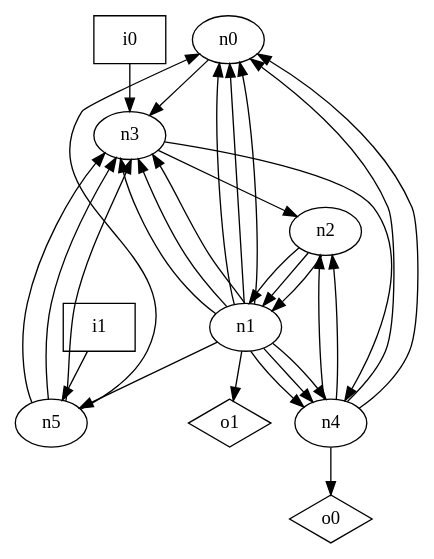
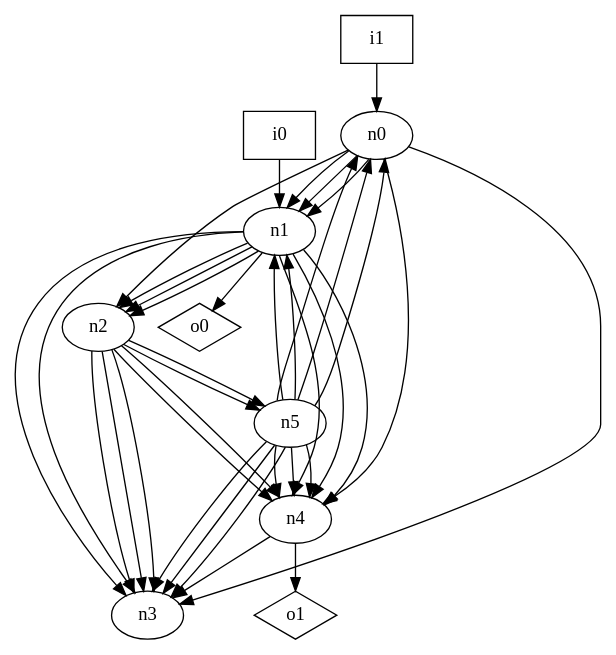
The diagram in dot_files/random/random_oriented_graph.dot (p9romain/bool-circuits), drawn with Graphviz before and after one commit. The commit also changed 23 other files, not shown here.

```diff
--- a/dot_files/random/random_oriented_graph.dot
+++ b/dot_files/random/random_oriented_graph.dot
@@ -1,40 +1,49 @@
 digraph G {
 n0 [label="n0"];
 n1 [label="n1"];
 n2 [label="n2"];
 n3 [label="n3"];
 n4 [label="n4"];
 n5 [label="n5"];
 n6 [label="i0",shape="box"];
 n7 [label="i1",shape="box"];
 n8 [label="o0",shape="diamond"];
 n9 [label="o1",shape="diamond"];
+n0 -> n1
+n0 -> n1
+n0 -> n1
+n0 -> n2
 n0 -> n3
-n1 -> n0
-n1 -> n0
-n1 -> n0
-n1 -> n3
+n0 -> n4
+n1 -> n2
+n1 -> n2
+n1 -> n2
 n1 -> n3
 n1 -> n3
 n1 -> n4
 n1 -> n4
 n1 -> n4
-n1 -> n5
-n1 -> n9
-n2 -> n1
-n2 -> n1
-n2 -> n1
-n3 -> n2
-n3 -> n4
-n4 -> n0
-n4 -> n0
-n4 -> n2
-n4 -> n2
-n4 -> n8
+n1 -> n8
+n2 -> n3
+n2 -> n3
+n2 -> n3
+n2 -> n4
+n2 -> n4
+n2 -> n5
+n2 -> n5
+n4 -> n3
+n4 -> n9
 n5 -> n0
+n5 -> n0
+n5 -> n0
+n5 -> n1
+n5 -> n1
 n5 -> n3
 n5 -> n3
 n5 -> n3
-n6 -> n3
-n7 -> n5
+n5 -> n4
+n5 -> n4
+n5 -> n4
+n6 -> n1
+n7 -> n0
 }
```
